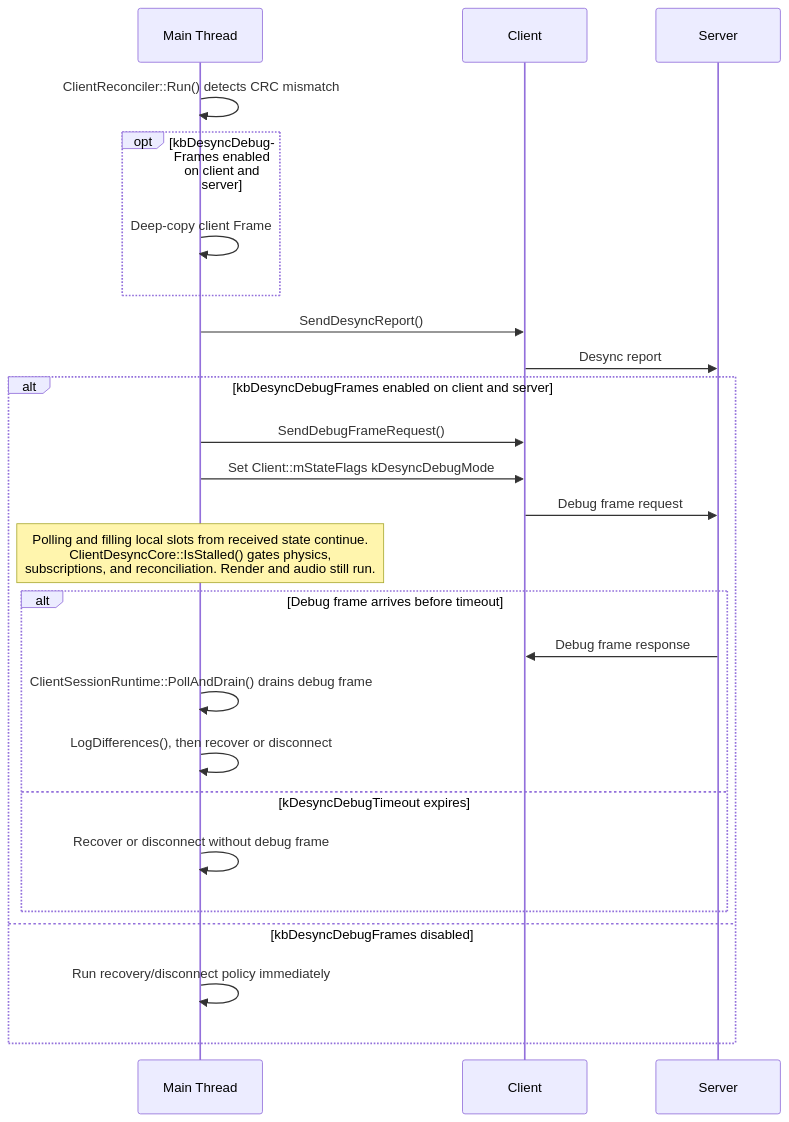
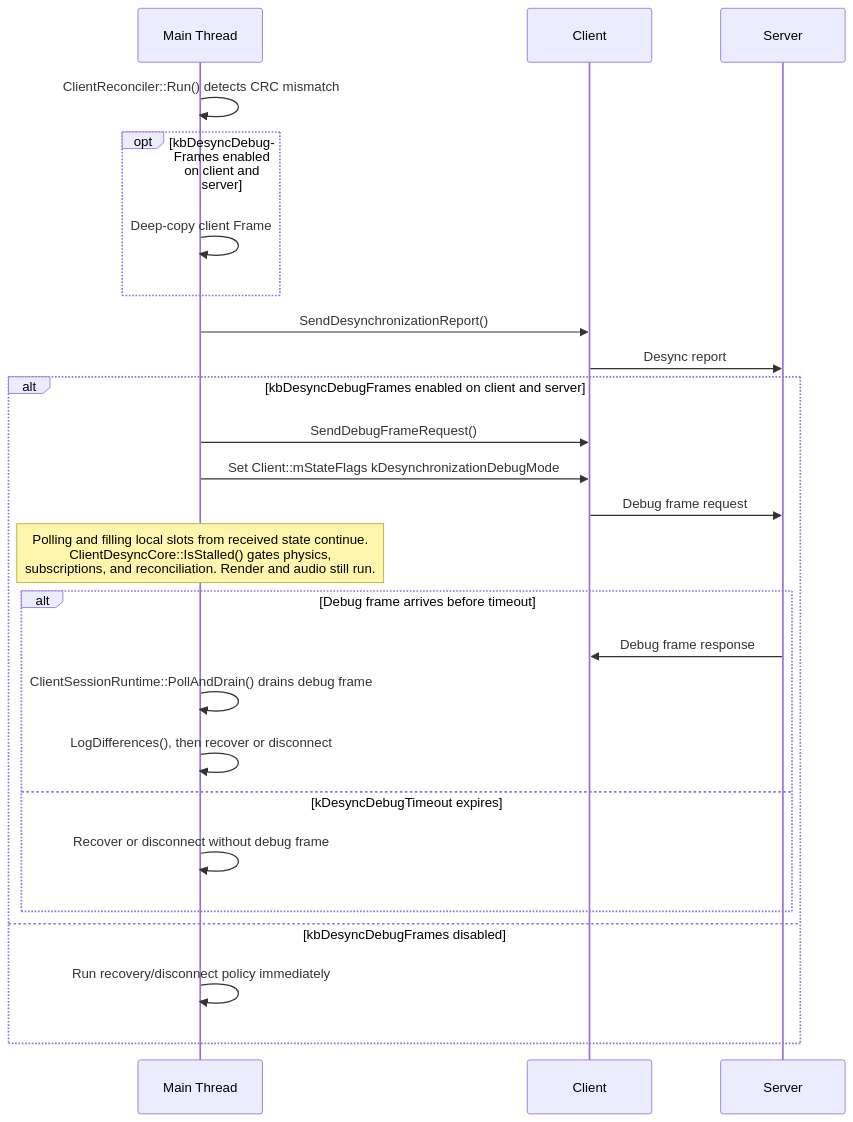
One commit to DougTanner/BrokenEngine changed the fourth of 5 diagrams in Documents/Architecture/GameReconciliation.md. Above: the diagram before and after it, drawn with Mermaid. The commit also changed 505 other files, not shown here.

````diff
--- a/Documents/Architecture/GameReconciliation.md
+++ b/Documents/Architecture/GameReconciliation.md
@@ -133,30 +133,30 @@
 ```mermaid
 %%{init: {'theme': 'default'}}%%
 sequenceDiagram
     participant Main as Main Thread
     participant Net as Client
     participant Server
 
     Main->>Main: ClientReconciler::Run() detects CRC mismatch
     opt kbDesyncDebugFrames enabled on client and server
         Main->>Main: Deep-copy client Frame
     end
-    Main->>Net: SendDesyncReport()
+    Main->>Net: SendDesynchronizationReport()
     Net->>Server: Desync report
 
     alt kbDesyncDebugFrames enabled on client and server
         Main->>Net: SendDebugFrameRequest()
-        Main->>Net: Set Client::mStateFlags kDesyncDebugMode
+        Main->>Net: Set Client::mStateFlags kDesynchronizationDebugMode
         Net->>Server: Debug frame request
         Note over Main: Polling and filling local slots from received state continue.<br/>ClientDesyncCore::IsStalled() gates physics,<br/>subscriptions, and reconciliation. Render and audio still run.
         alt Debug frame arrives before timeout
             Server->>Net: Debug frame response
             Main->>Main: ClientSessionRuntime::PollAndDrain() drains debug frame
             Main->>Main: LogDifferences(), then recover or disconnect
         else kDesyncDebugTimeout expires
             Main->>Main: Recover or disconnect without debug frame
         end
     else kbDesyncDebugFrames disabled
         Main->>Main: Run recovery/disconnect policy immediately
     end
 ```
````
